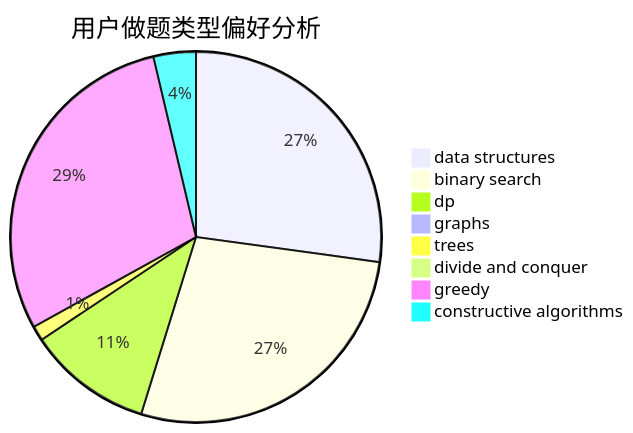
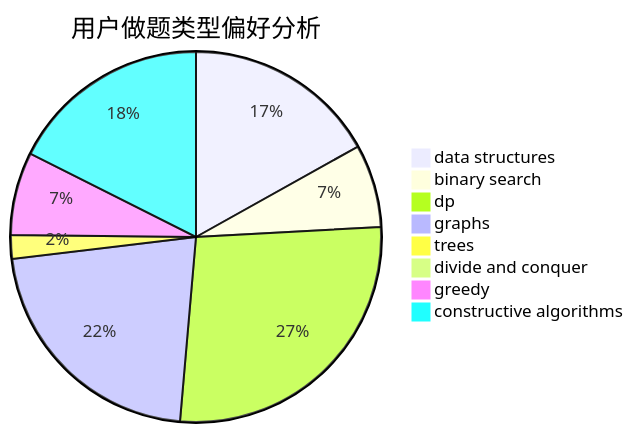
One commit to sherpahu/cfrs.github.io changed the second of 3 diagrams in docs/user/u248.md. Above: the diagram before and after it, drawn with Mermaid. The commit also changed other lines of this file and 2770 other files, not shown here.

````diff
--- a/docs/user/u248.md
+++ b/docs/user/u248.md
@@ -23,11 +23,11 @@
 ```mermaid
 pie title 用户做题类型偏好分析
-    "data structures" :  125
-    "binary search" :  127
-    "dp" :  50
-    "graphs" :  1
+    "data structures" :  49
+    "binary search" :  21
+    "dp" :  79
+    "graphs" :  63
     "trees" :  6
-    "divide and conquer" :  1
-    "greedy" :  135
-    "constructive algorithms" :  17
+    "divide and conquer" :  0
+    "greedy" :  21
+    "constructive algorithms" :  51
 ```
````
